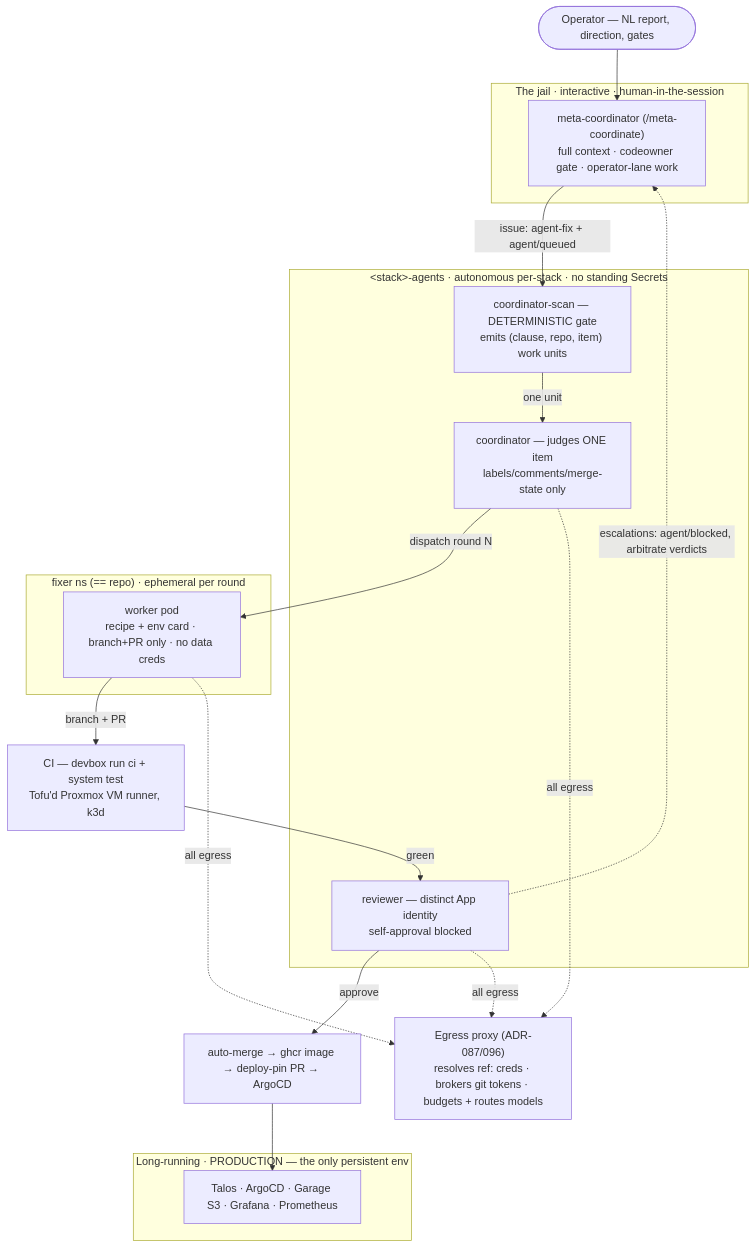
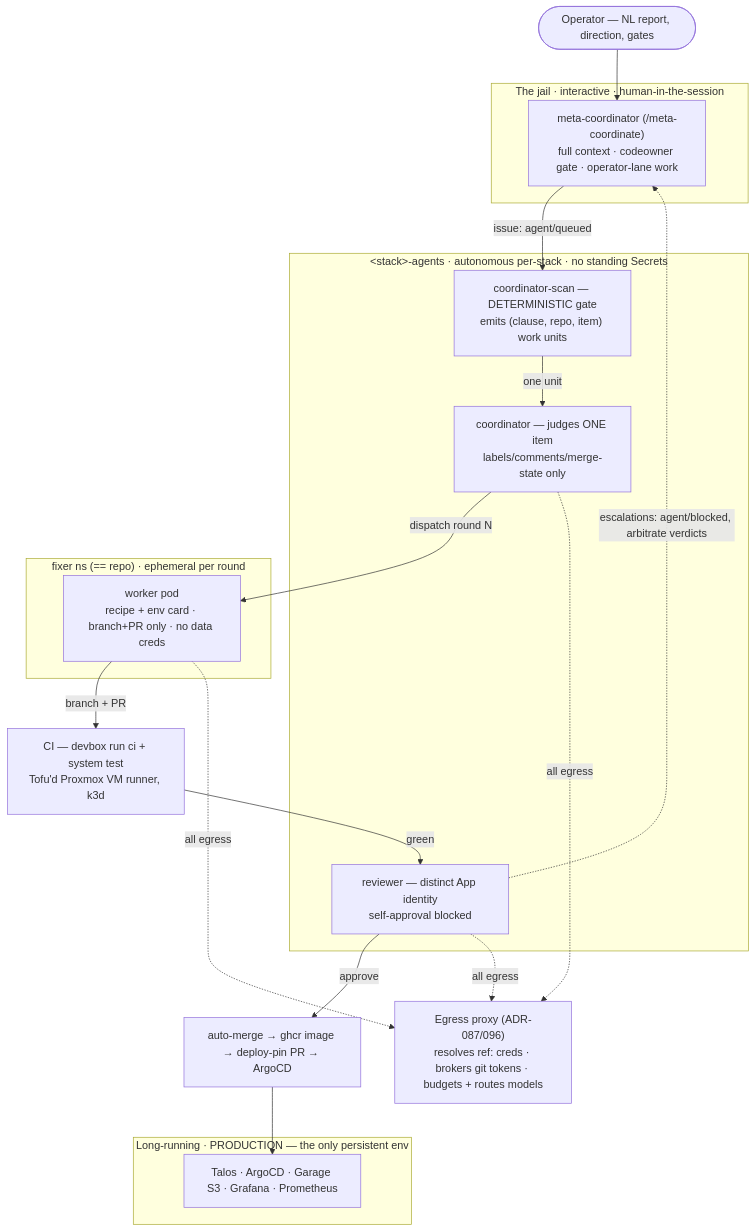
Before and after one commit to teststuffstash/homelab: the first of 2 diagrams in docs/agents/README.md, drawn with Mermaid. The commit also changed 5 other files, not shown here.

````diff
--- a/docs/agents/README.md
+++ b/docs/agents/README.md
@@ -112,36 +112,36 @@
 ```mermaid
 graph TB
   you(["Operator — NL report, direction, gates"]) --> meta
 
   subgraph jail["The jail · interactive · human-in-the-session"]
     meta["meta-coordinator (/meta-coordinate)<br/>full context · codeowner gate · operator-lane work"]
   end
 
   subgraph loop["&lt;stack&gt;-agents · autonomous per-stack · no standing Secrets"]
     scan["coordinator-scan — DETERMINISTIC gate<br/>emits (clause, repo, item) work units"]
     coord["coordinator — judges ONE item<br/>labels/comments/merge-state only"]
     rev["reviewer — distinct App identity<br/>self-approval blocked"]
   end
 
   subgraph fixns["fixer ns (== repo) · ephemeral per round"]
     worker["worker pod<br/>recipe + env card · branch+PR only · no data creds"]
   end
 
   subgraph prod["Long-running · PRODUCTION — the only persistent env"]
     plat["Talos · ArgoCD · Garage S3 · Grafana · Prometheus"]
   end
 
   proxy["Egress proxy (ADR-087/096)<br/>resolves ref: creds · brokers git tokens · budgets + routes models"]
 
-  meta -->|"issue: agent-fix + agent/queued"| scan
+  meta -->|"issue: agent/queued"| scan
   scan -->|one unit| coord
   coord -->|dispatch round N| worker
   worker -->|branch + PR| ci["CI — devbox run ci + system test<br/>Tofu'd Proxmox VM runner, k3d"]
   ci -->|green| rev
   rev -->|approve| merge["auto-merge → ghcr image → deploy-pin PR → ArgoCD"]
   merge --> plat
   rev -. "escalations: agent/blocked, arbitrate verdicts" .-> meta
   worker -. all egress .-> proxy
   coord -. all egress .-> proxy
   rev -. all egress .-> proxy
 ```
````
